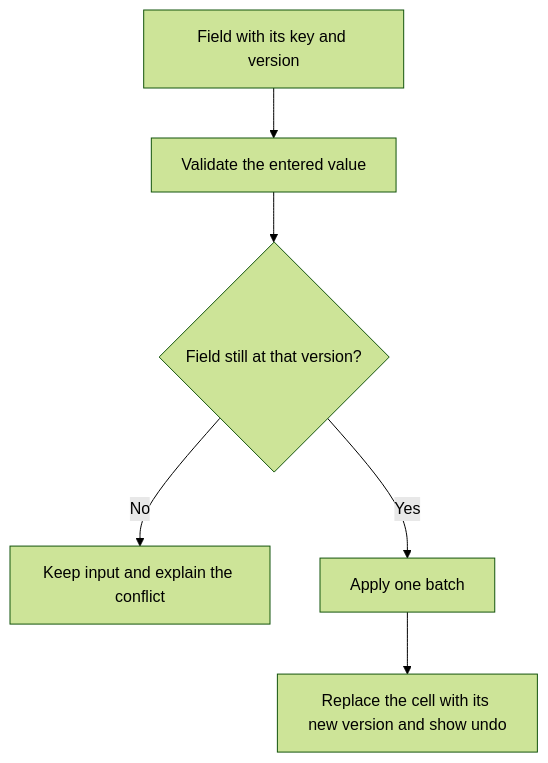
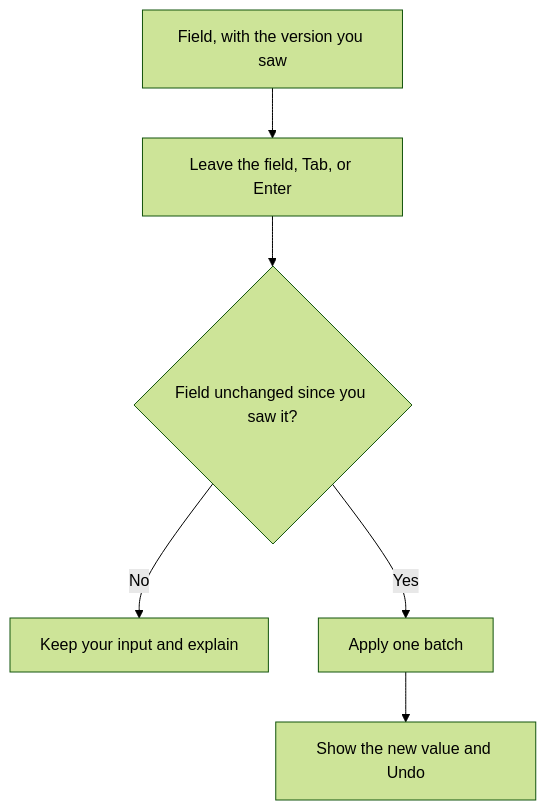
The second of 3 diagrams in docs/architecture/transactions.md (spinningyoyo/omsync), drawn with Mermaid (forest theme) before and after one commit. The commit also changed other lines of this file and 140 other files, not shown here.

````diff
--- a/docs/architecture/transactions.md
+++ b/docs/architecture/transactions.md
@@ -70,8 +23,8 @@
 ```mermaid
 flowchart TD
-    Cell[Field with its key and version] --> Save[Validate the entered value]
-    Save --> Current{Field still at that version?}
-    Current -->|No| Conflict[Keep input and explain the conflict]
+    Field[Field, with the version you saw] --> Save[Leave the field, Tab, or Enter]
+    Save --> Current{Field unchanged since you saw it?}
+    Current -->|No| Conflict[Keep your input and explain]
     Current -->|Yes| Batch[Apply one batch]
-    Batch --> Display[Replace the cell with its new version and show undo]
+    Batch --> Show[Show the new value and Undo]
 ```
````
